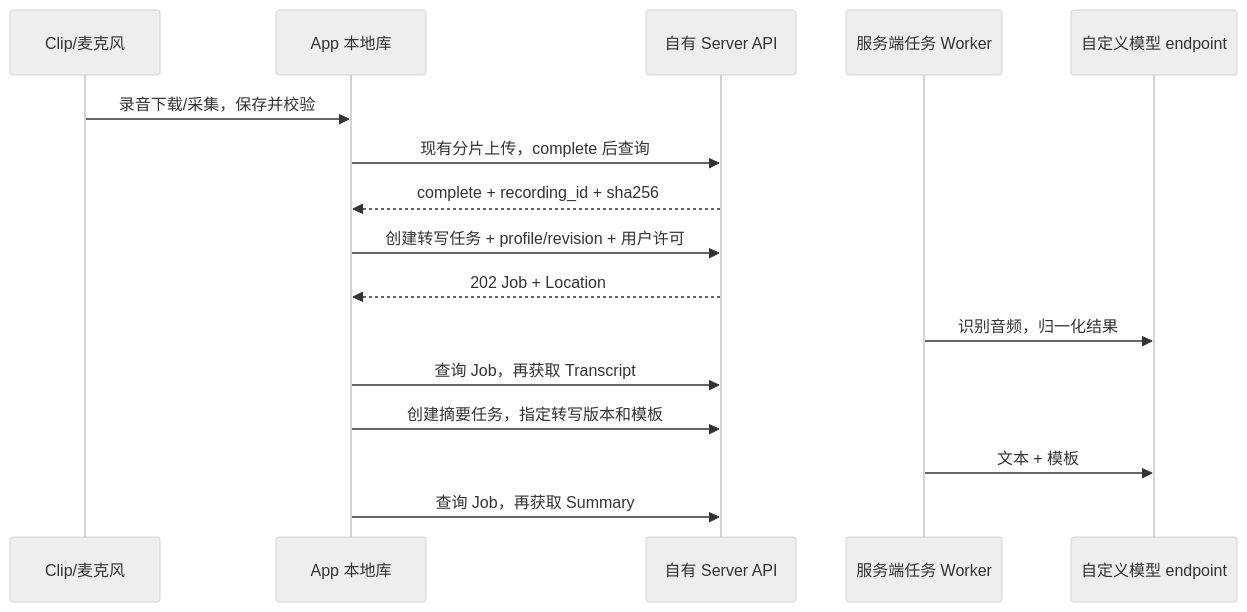
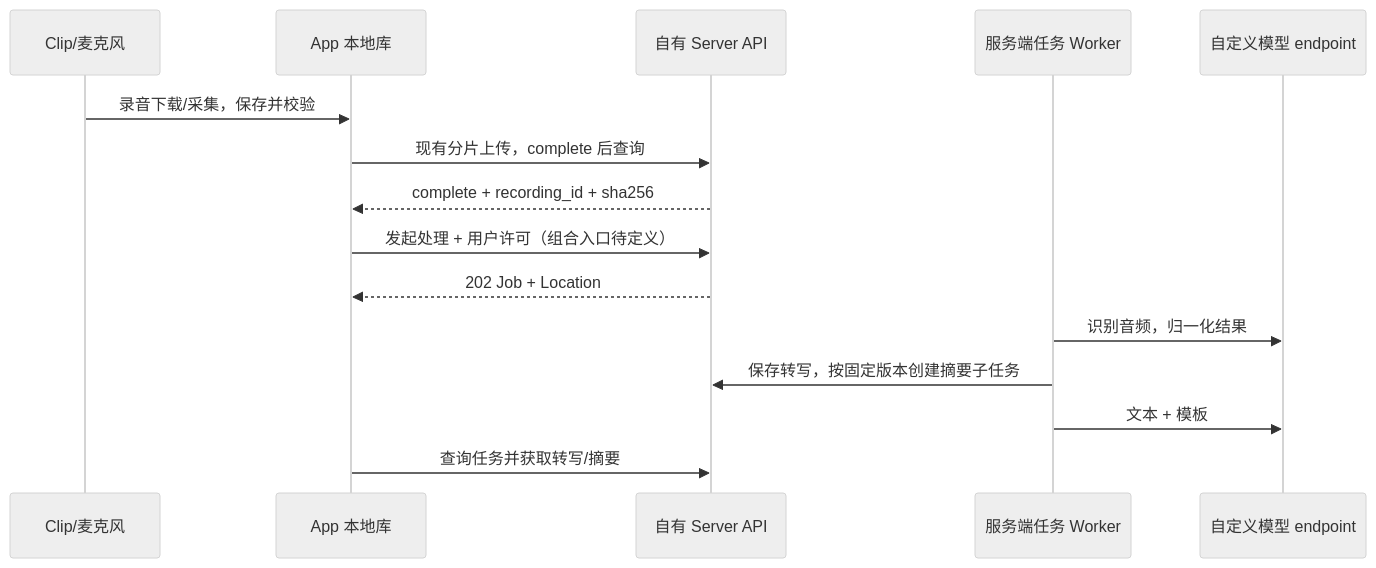
Before and after one commit to boboliu-1010/reSpeaker_Clip: the diagram in docs/contracts/ai-http-v1.md, drawn with Mermaid (neutral theme). The commit also changed other lines of this file and 12 other files, not shown here.

````diff
--- a/docs/contracts/ai-http-v1.md
+++ b/docs/contracts/ai-http-v1.md
@@ -11,18 +13,17 @@
 ```mermaid
 sequenceDiagram
     participant Clip as Clip/麦克风
     participant App as App 本地库
     participant API as 自有 Server API
     participant Worker as 服务端任务 Worker
     participant Model as 自定义模型 endpoint
     Clip->>App: 录音下载/采集，保存并校验
     App->>API: 现有分片上传，complete 后查询
     API-->>App: complete + recording_id + sha256
-    App->>API: 创建转写任务 + profile/revision + 用户许可
+    App->>API: 发起处理 + 用户许可（组合入口待定义）
     API-->>App: 202 Job + Location
     Worker->>Model: 识别音频，归一化结果
-    App->>API: 查询 Job，再获取 Transcript
-    App->>API: 创建摘要任务，指定转写版本和模板
+    Worker->>API: 保存转写，按固定版本创建摘要子任务
     Worker->>Model: 文本 + 模板
-    App->>API: 查询 Job，再获取 Summary
+    App->>API: 查询任务并获取转写/摘要
 ```
````
